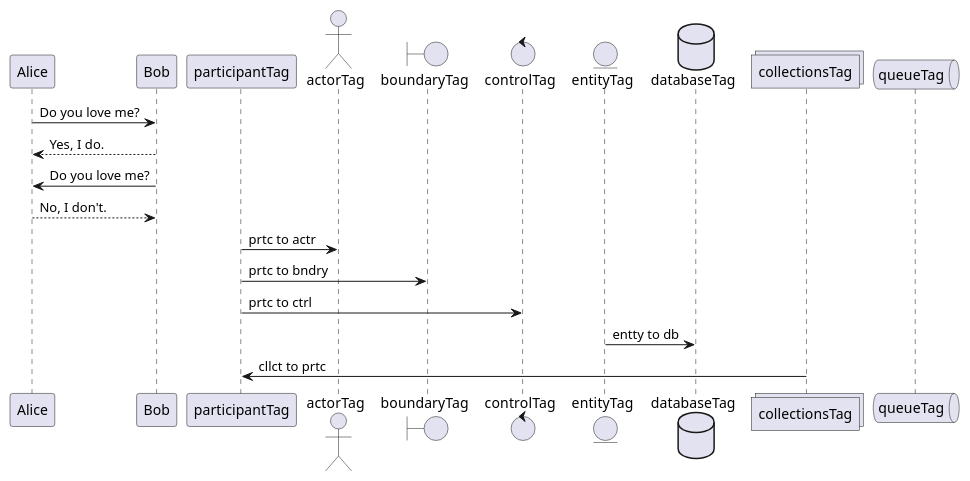
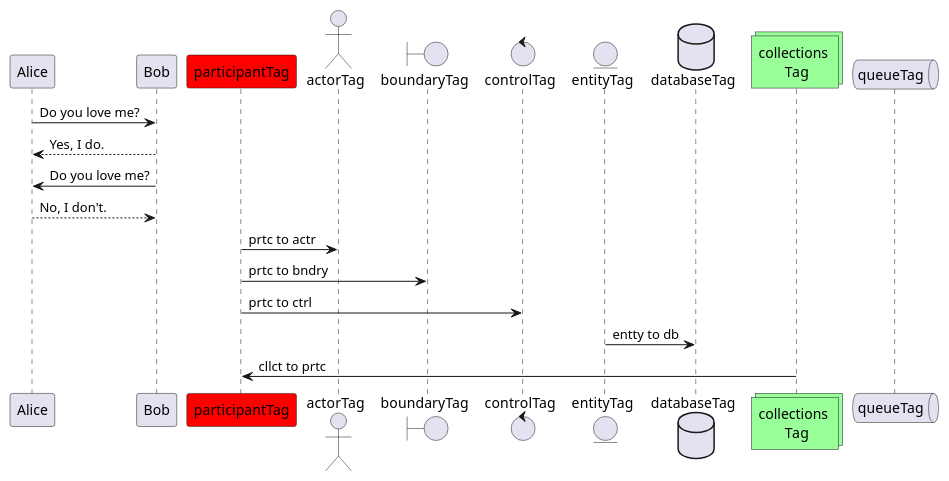
One commit to communication-engineer-ikz/plant-uml-playground changed the diagram in sequence-diagram.pu. Above: the diagram before and after it, drawn with PlantUML.

Commit message:
色付け、改行、コメントを追加

```diff
--- a/sequence-diagram.pu
+++ b/sequence-diagram.pu
@@ -1,23 +1,24 @@
 @startuml sequence-diagram
 Alice -> Bob: Do you love me?
 Bob --> Alice: Yes, I do.
 
 Alice <- Bob: Do you love me?
 Bob <-- Alice: No, I don't.
 
-participant participantTag as prtc
+participant participantTag as prtc #Red
+' comment
 actor actorTag as actr
 boundary boundaryTag as bndry
 control controlTag as ctrl
 entity entityTag as entty
 database databaseTag as db
-collections collectionsTag as cllct
+collections "collections \n Tag" as cllct #99FF99
 queue queueTag as q
 
 prtc -> actr: prtc to actr
 prtc -> bndry: prtc to bndry
 prtc -> ctrl: prtc to ctrl
 entty -> db: entty to db
 cllct -> prtc: cllct to prtc
 
 @enduml
```
